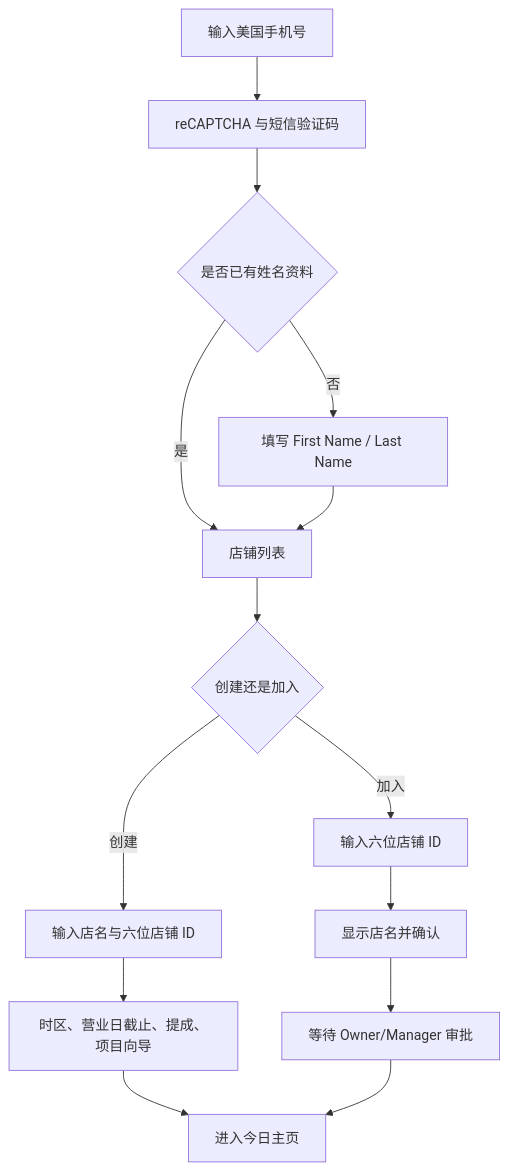
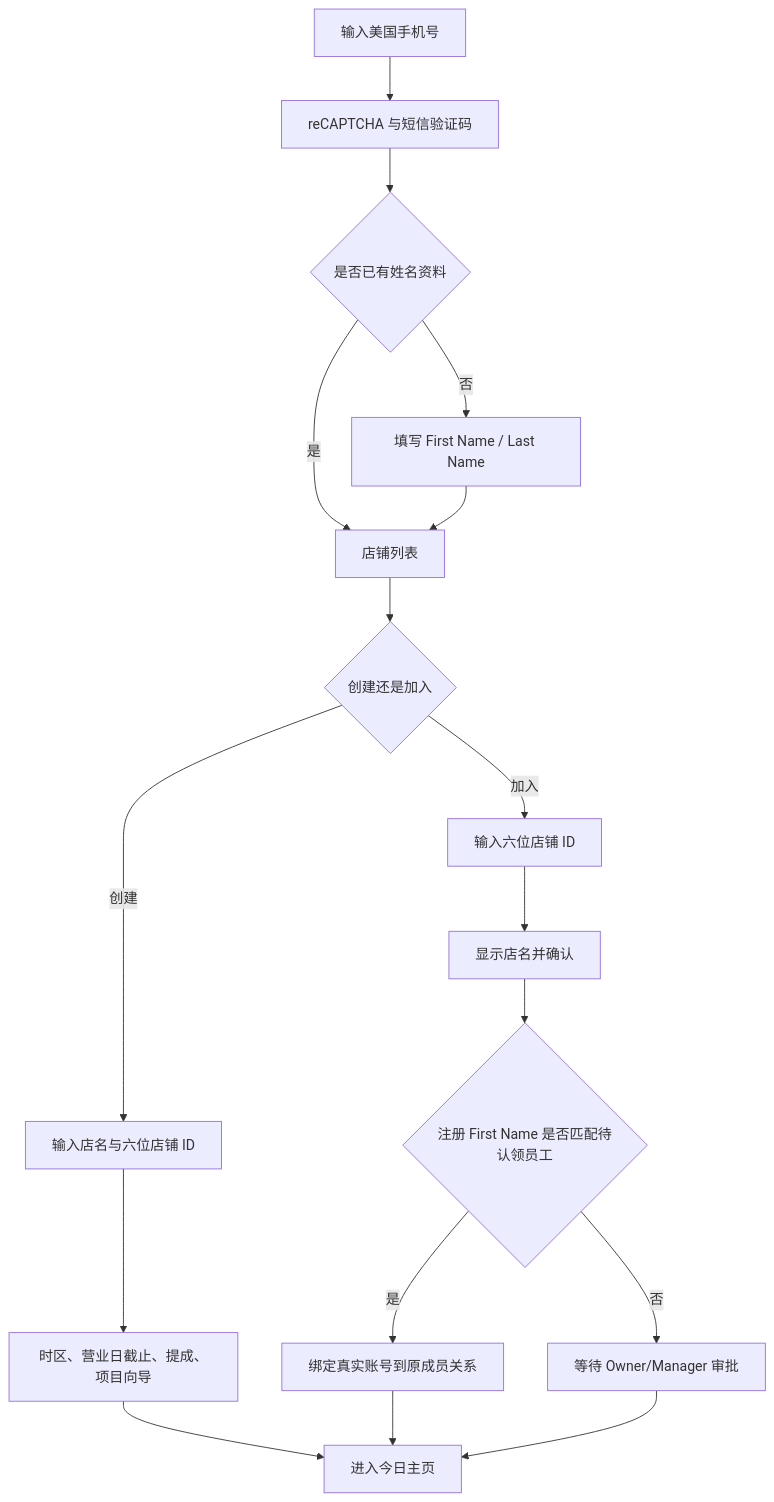
The second of 6 diagrams in ARCHITECTURE_AND_IMPLEMENTATION_PLAN.md (Redonkatonkk/massage-note), drawn with Mermaid before and after one commit. The commit also changed other lines of this file and 35 other files, not shown here.

````diff
--- a/ARCHITECTURE_AND_IMPLEMENTATION_PLAN.md
+++ b/ARCHITECTURE_AND_IMPLEMENTATION_PLAN.md
@@ -158,16 +158,19 @@
 ```mermaid
 flowchart TD
     A["输入美国手机号"] --> B["reCAPTCHA 与短信验证码"]
     B --> C{"是否已有姓名资料"}
     C -- 否 --> D["填写 First Name / Last Name"]
     C -- 是 --> E["店铺列表"]
     D --> E
     E --> F{"创建还是加入"}
     F -- 创建 --> G["输入店名与六位店铺 ID"]
     G --> H["时区、营业日截止、提成、项目向导"]
     H --> I["进入今日主页"]
     F -- 加入 --> J["输入六位店铺 ID"]
     J --> K["显示店名并确认"]
-    K --> L["等待 Owner/Manager 审批"]
-    L --> I
+    K --> L{"注册 First Name 是否匹配待认领员工"}
+    L -- 是 --> M["绑定真实账号到原成员关系"]
+    M --> I
+    L -- 否 --> N["等待 Owner/Manager 审批"]
+    N --> I
 ```
````
